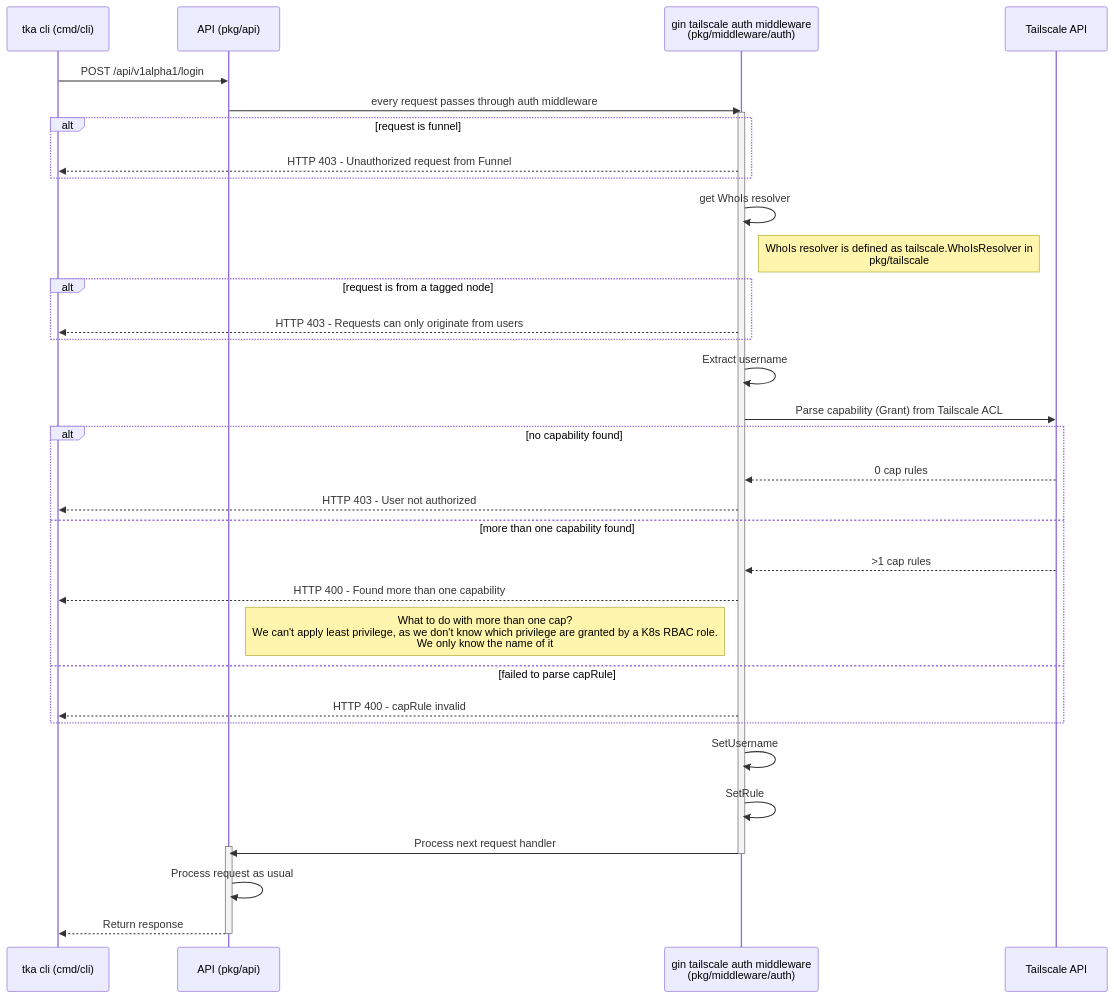
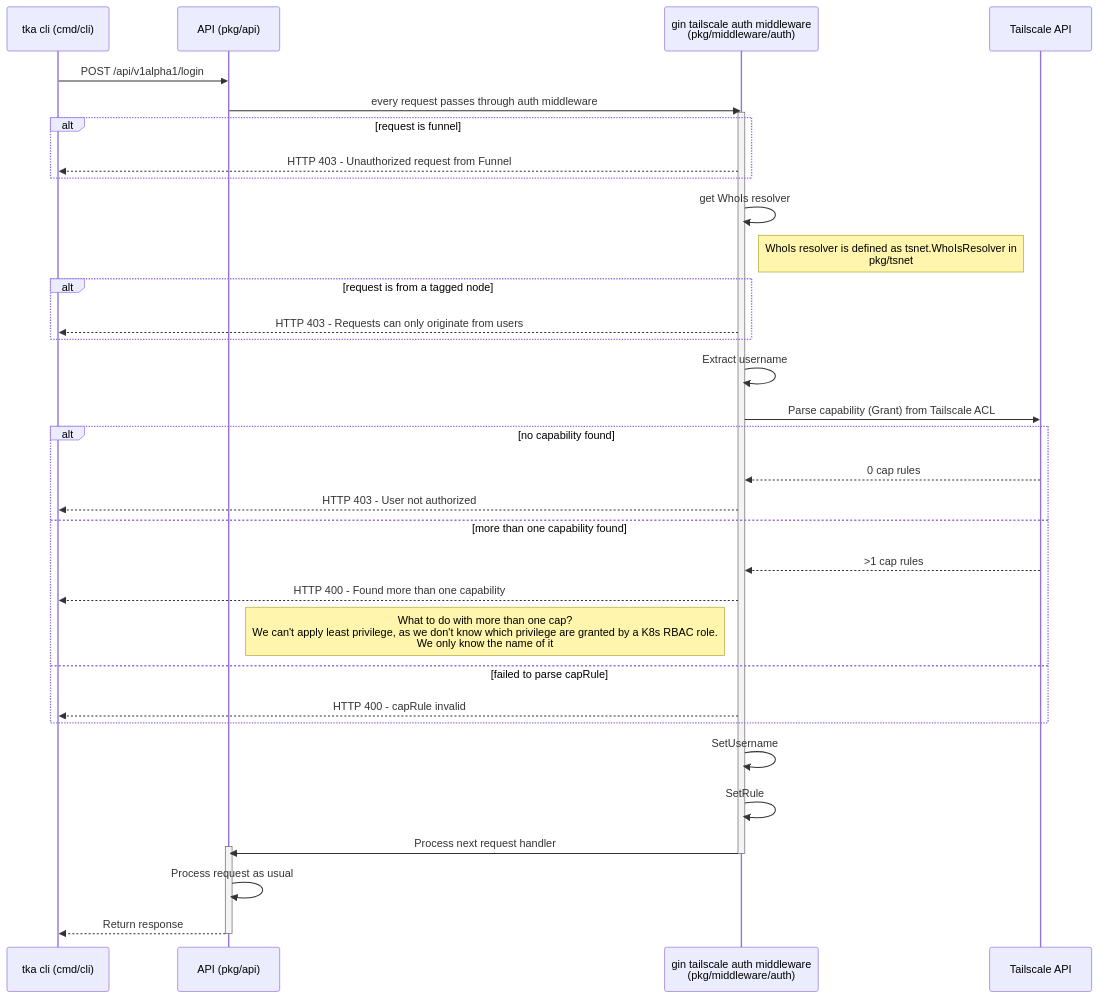
Before and after one commit to SpechtLabs/tka: the second of 8 diagrams in docs/reference/developer/request-flows.md, drawn with Mermaid. The commit also changed other lines of this file and 26 other files, not shown here.

````diff
--- a/docs/reference/developer/request-flows.md
+++ b/docs/reference/developer/request-flows.md
@@ -71,47 +71,47 @@
 ```mermaid
 sequenceDiagram
     participant cli as tka cli (cmd/cli)
     participant api as API (pkg/api)
     participant auth as gin tailscale auth middleware<br/> (pkg/middleware/auth)
     participant ts as Tailscale API
 
     cli->>api: POST /api/v1alpha1/login
     api->>auth: every request passes through auth middleware
     activate auth
 
     alt request is funnel
         auth-->>cli: HTTP 403 - Unauthorized request from Funnel
     end
 
     auth->>auth: get WhoIs resolver
-    Note right of auth: WhoIs resolver is defined as tailscale.WhoIsResolver in <br/> pkg/tailscale
+    Note right of auth: WhoIs resolver is defined as tsnet.WhoIsResolver in <br/> pkg/tsnet
 
     alt request is from a tagged node
         auth-->>cli: HTTP 403 - Requests can only originate from users
     end
 
     auth->>auth: Extract username
 
     auth->>ts: Parse capability (Grant) from Tailscale ACL
 
     alt no capability found
         ts-->>auth: 0 cap rules
         auth-->>cli: HTTP 403 - User not authorized
     else more than one capability found
         ts-->>auth: >1 cap rules
         auth-->>cli: HTTP 400 - Found more than one capability
         Note left of auth: What to do with more than one cap?<br/>We can't apply least privilege, as we don't know which privilege are granted by a K8s RBAC role.<br/>We only know the name of it
     else failed to parse capRule
         auth-->>cli: HTTP 400 - capRule invalid
     end
 
     auth->>auth: SetUsername
     auth->>auth: SetRule
     auth->>api: Process next request handler
     activate api
     deactivate auth
     api->>api: Process request as usual
     api-->>cli: Return response
     deactivate api
 
 ```
````
